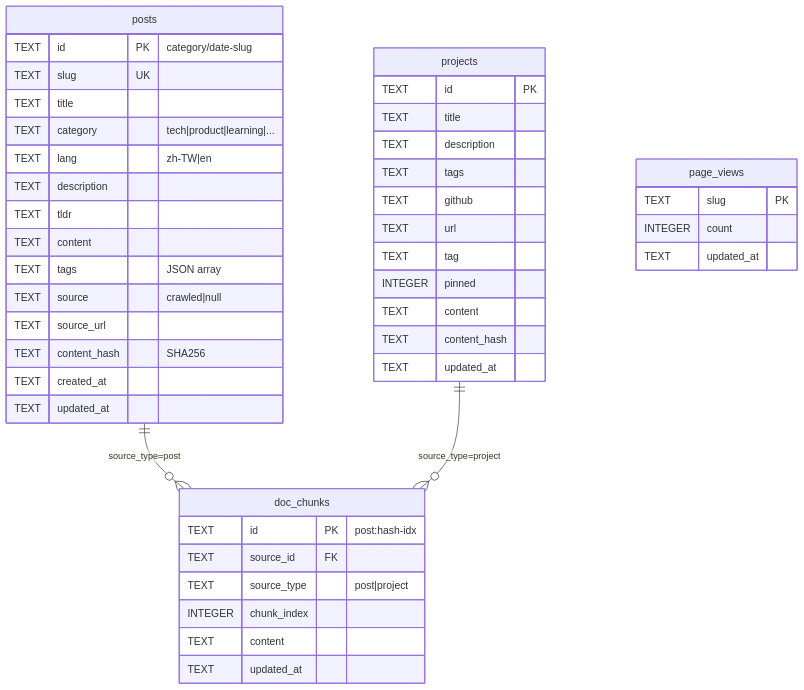
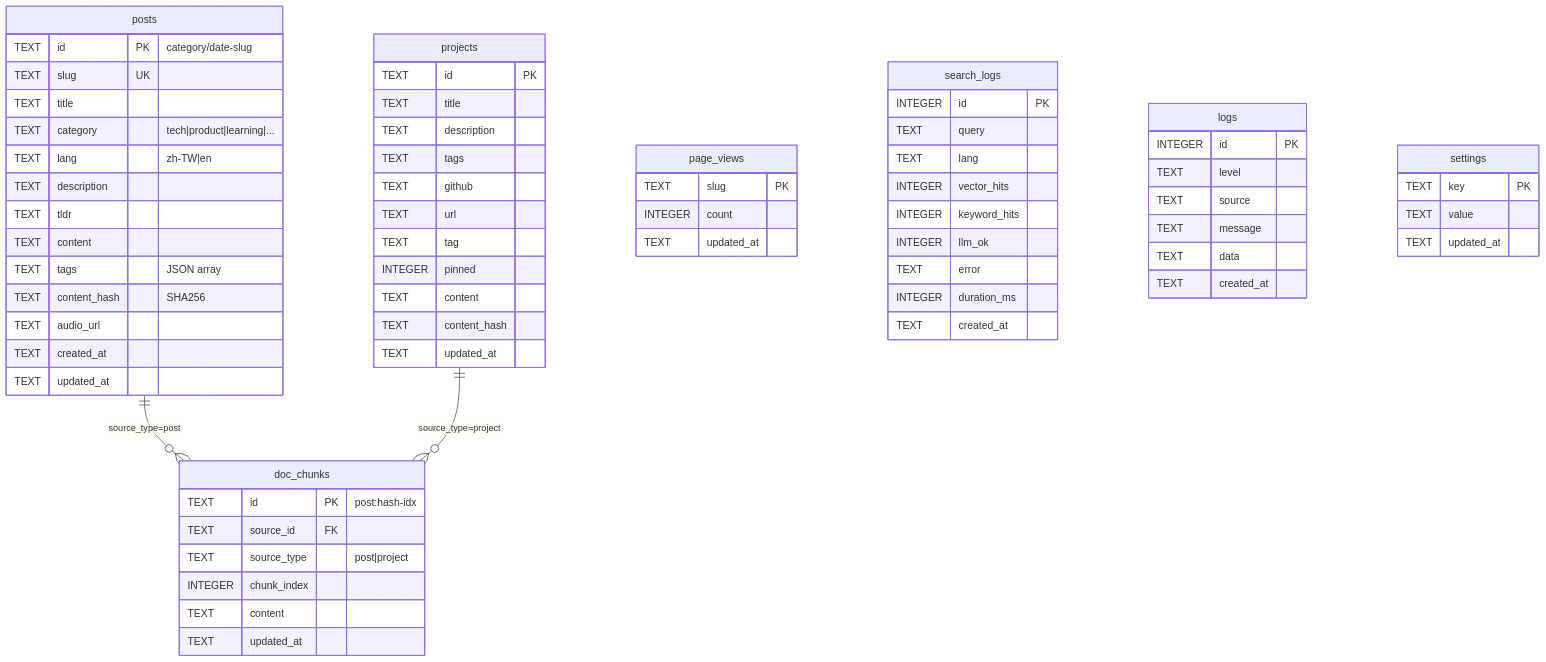
One commit to a920604a/engineernews changed the second of 2 diagrams in docs/architecture.md. Above: the diagram before and after it, drawn with Mermaid. The commit also changed other lines of this file and 31 other files, not shown here.

````diff
--- a/docs/architecture.md
+++ b/docs/architecture.md
@@ -86,47 +91,70 @@
 ```mermaid
 erDiagram
   posts {
     TEXT id PK "category/date-slug"
     TEXT slug UK
     TEXT title
     TEXT category "tech|product|learning|..."
     TEXT lang "zh-TW|en"
     TEXT description
     TEXT tldr
     TEXT content
     TEXT tags "JSON array"
-    TEXT source "crawled|null"
-    TEXT source_url
     TEXT content_hash "SHA256"
+    TEXT audio_url
     TEXT created_at
     TEXT updated_at
   }
   projects {
     TEXT id PK
     TEXT title
     TEXT description
     TEXT tags
     TEXT github
     TEXT url
     TEXT tag
     INTEGER pinned
     TEXT content
     TEXT content_hash
     TEXT updated_at
   }
   doc_chunks {
     TEXT id PK "post:hash-idx"
     TEXT source_id FK
     TEXT source_type "post|project"
     INTEGER chunk_index
     TEXT content
     TEXT updated_at
   }
   page_views {
     TEXT slug PK
     INTEGER count
     TEXT updated_at
   }
+  search_logs {
+    INTEGER id PK
+    TEXT query
+    TEXT lang
+    INTEGER vector_hits
+    INTEGER keyword_hits
+    INTEGER llm_ok
+    TEXT error
+    INTEGER duration_ms
+    TEXT created_at
+  }
+  logs {
+    INTEGER id PK
+    TEXT level
+    TEXT source
+    TEXT message
+    TEXT data
+    TEXT created_at
+  }
+  settings {
+    TEXT key PK
+    TEXT value
+    TEXT updated_at
+  }
   posts ||--o{ doc_chunks : "source_type=post"
   projects ||--o{ doc_chunks : "source_type=project"
 ```
````
